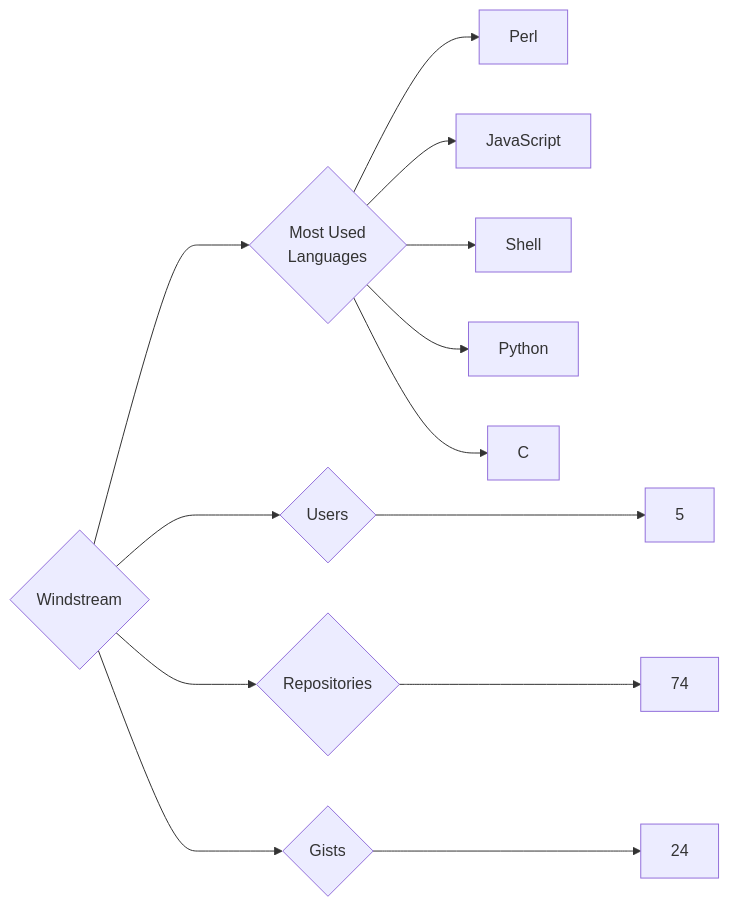
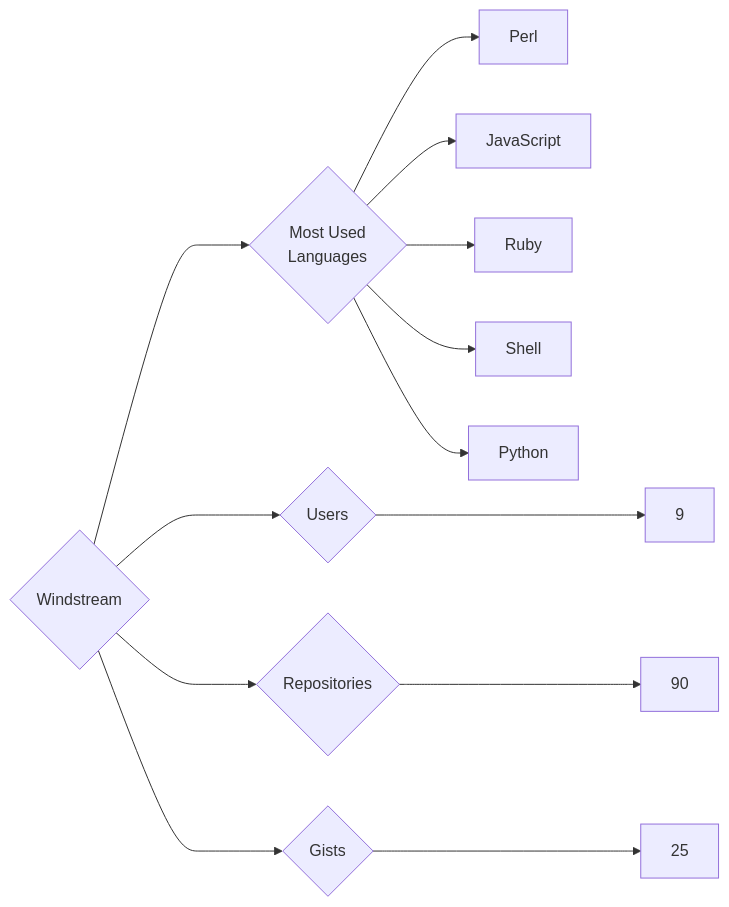
Before and after one commit to trickest/insiders: the diagram in targets/Windstream/README.md, drawn with Mermaid. The commit also changed 1508 other files, not shown here.

````diff
--- a/targets/Windstream/README.md
+++ b/targets/Windstream/README.md
@@ -3,13 +3,13 @@
 ```mermaid
 graph LR
 COMPANY_NAME{Windstream}
-COMPANY_NAME ---> U{Users} ---> UN[5]
-COMPANY_NAME ---> R{Repositories} ---> RN[74]
-COMPANY_NAME ---> G{Gists} ---> GN[24]
+COMPANY_NAME ---> U{Users} ---> UN[9]
+COMPANY_NAME ---> R{Repositories} ---> RN[90]
+COMPANY_NAME ---> G{Gists} ---> GN[25]
 COMPANY_NAME ---> ML{Most Used<br>Languages}
 ML --> Perl[Perl]
 ML --> JavaScript[JavaScript]
+ML --> Ruby[Ruby]
 ML --> Shell[Shell]
 ML --> Python[Python]
-ML --> C[C]
 ```
````
